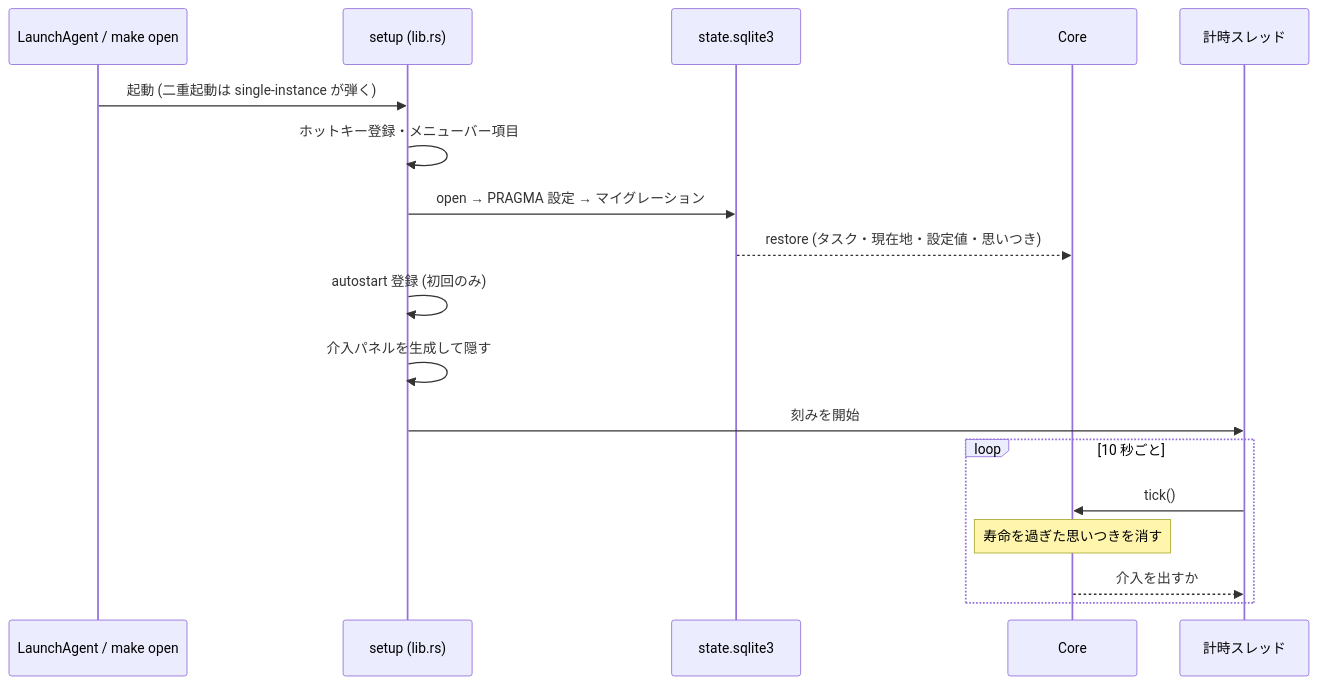
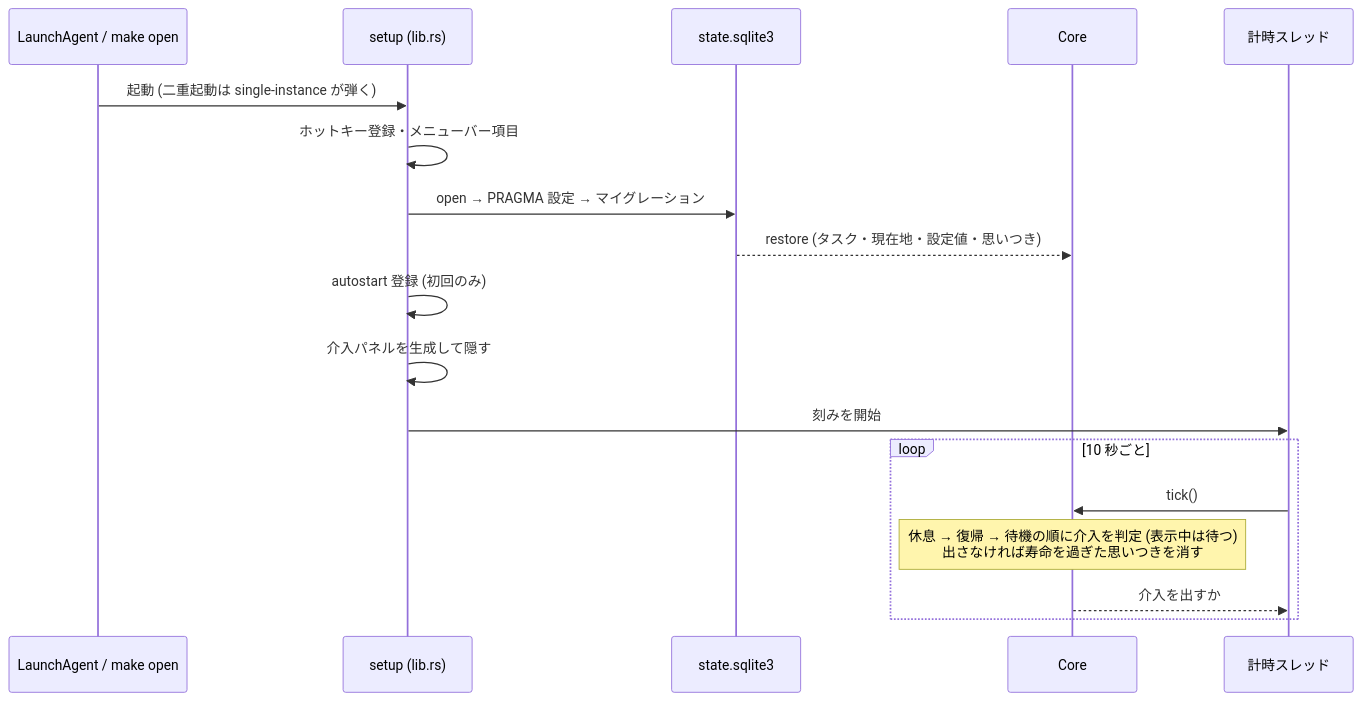
One commit to onzuka24/my-task-manager changed the second of 2 diagrams in docs/architecture.md. Above: the diagram before and after it, drawn with Mermaid. The commit also changed other lines of this file and 17 other files, not shown here.

````diff
--- a/docs/architecture.md
+++ b/docs/architecture.md
@@ -124,21 +126,21 @@
 ```mermaid
 sequenceDiagram
     participant L as LaunchAgent / make open
     participant S as setup (lib.rs)
     participant DB as state.sqlite3
     participant C as Core
     participant T as 計時スレッド
 
     L->>S: 起動 (二重起動は single-instance が弾く)
     S->>S: ホットキー登録・メニューバー項目
     S->>DB: open → PRAGMA 設定 → マイグレーション
     DB-->>C: restore (タスク・現在地・設定値・思いつき)
     S->>S: autostart 登録 (初回のみ)
     S->>S: 介入パネルを生成して隠す
     S->>T: 刻みを開始
     loop 10 秒ごと
         T->>C: tick()
-        Note over C: 寿命を過ぎた思いつきを消す
+        Note over C: 休息 → 復帰 → 待機の順に介入を判定 (表示中は待つ)<br/>出さなければ寿命を過ぎた思いつきを消す
         C-->>T: 介入を出すか
     end
 ```
````
